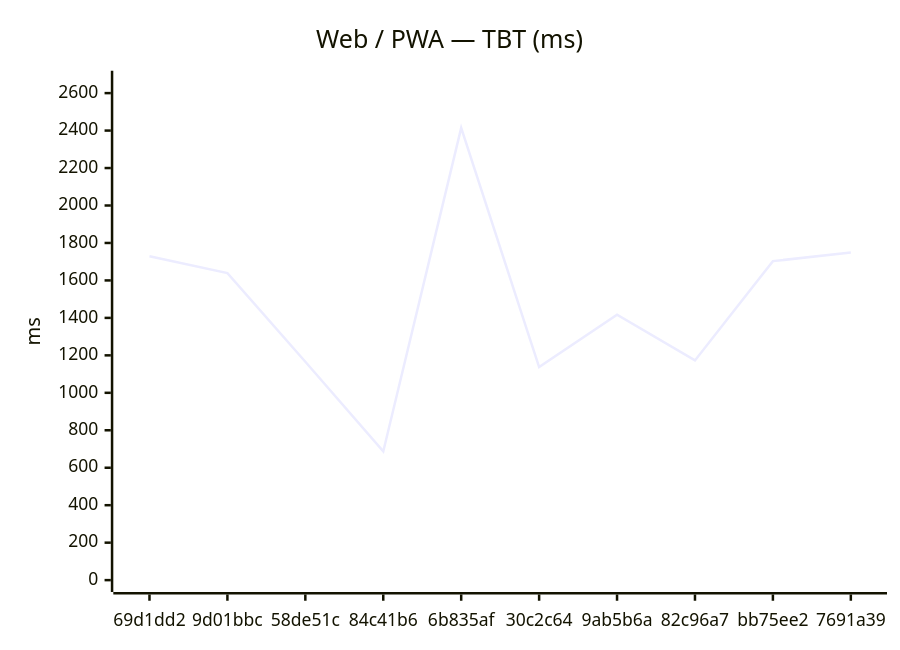
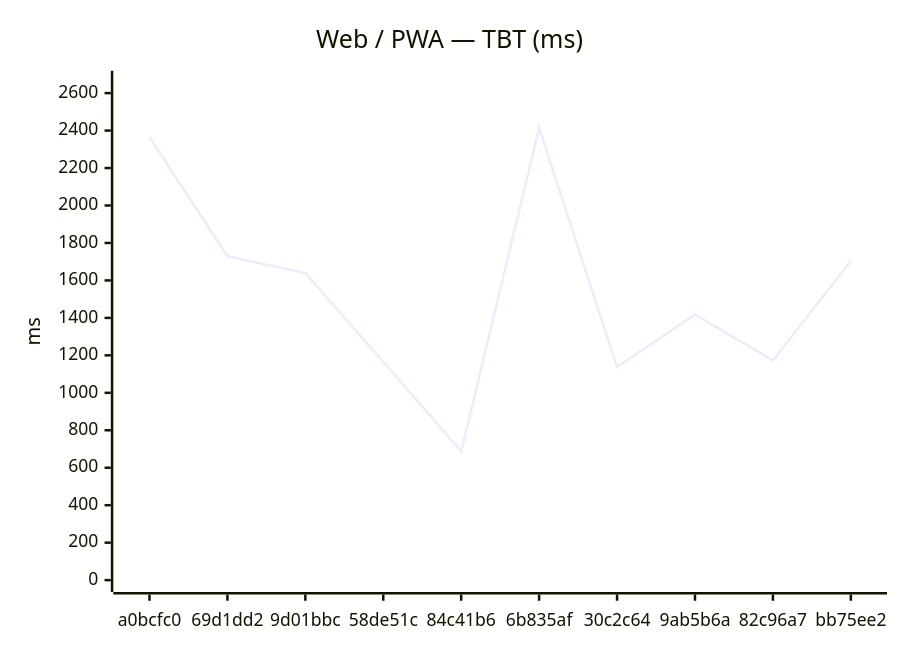
One commit to Metaheurist/Rianell changed the second of 12 diagrams in benchmarks/compare.md. Above: the diagram before and after it, drawn with Mermaid. The commit also changed other lines of this file and 8 other files, not shown here.

````diff
--- a/benchmarks/compare.md
+++ b/benchmarks/compare.md
@@ -31,7 +31,7 @@
 ```mermaid
 xychart-beta
     title "Web / PWA — TBT (ms)"
-    x-axis ["69d1dd2", "9d01bbc", "58de51c", "84c41b6", "6b835af", "30c2c64", "9ab5b6a", "82c96a7", "bb75ee2", "7691a39"]
+    x-axis ["a0bcfc0", "69d1dd2", "9d01bbc", "58de51c", "84c41b6", "6b835af", "30c2c64", "9ab5b6a", "82c96a7", "bb75ee2"]
     y-axis "ms" 0 --> 2656
-    line [1729, 1639, 1166, 687, 2414, 1137, 1417, 1173, 1703, 1749]
+    line [2366, 1729, 1639, 1166, 687, 2414, 1137, 1417, 1173, 1703]
 ```
````
